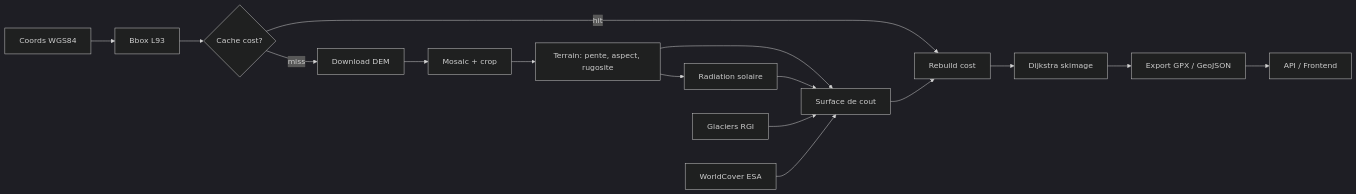
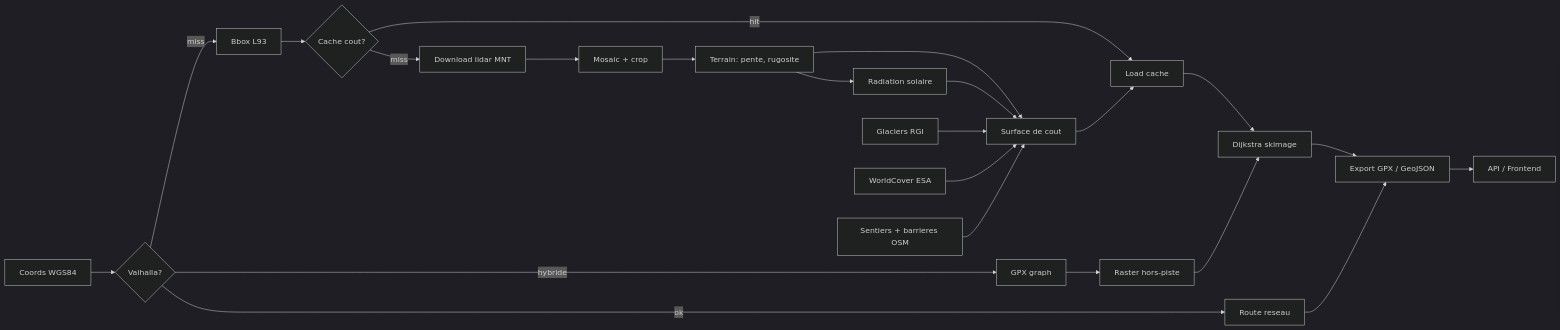
The diagram in docs/architecture.md (Samuellct/AlpineRoute), drawn with Mermaid (dark theme) before and after one commit. The commit also changed other lines of this file and 11 other files, not shown here.

````diff
--- a/docs/architecture.md
+++ b/docs/architecture.md
@@ -9,18 +17,25 @@
 ```mermaid
 flowchart LR
-    A[Coords WGS84] --> B[Bbox L93]
-    B --> CC{Cache cost?}
-    CC -- hit --> F2[Rebuild cost]
-    CC -- miss --> C[Download DEM]
+    A[Coords WGS84] --> N{Valhalla?}
+    N -- ok --> V[Route reseau]
+    N -- hybride --> G[GPX graph]
+    G --> R[Raster hors-piste]
+    N -- miss --> B[Bbox L93]
+    B --> CC{Cache cout?}
+    CC -- hit --> F2[Load cache]
+    CC -- miss --> C[Download lidar MNT]
     C --> D[Mosaic + crop]
-    D --> E[Terrain: pente, aspect, rugosite]
+    D --> E[Terrain: pente, rugosite]
     E --> F[Surface de cout]
-    E --> R[Radiation solaire]
-    R --> F
-    G[Glaciers RGI] --> F
-    H[WorldCover ESA] --> F
+    E --> RAD[Radiation solaire]
+    RAD --> F
+    GL[Glaciers RGI] --> F
+    WC[WorldCover ESA] --> F
+    OSM[Sentiers + barrieres OSM] --> F
     F --> F2
     F2 --> I[Dijkstra skimage]
+    R --> I
     I --> J[Export GPX / GeoJSON]
+    V --> J
     J --> K[API / Frontend]
 ```
````
